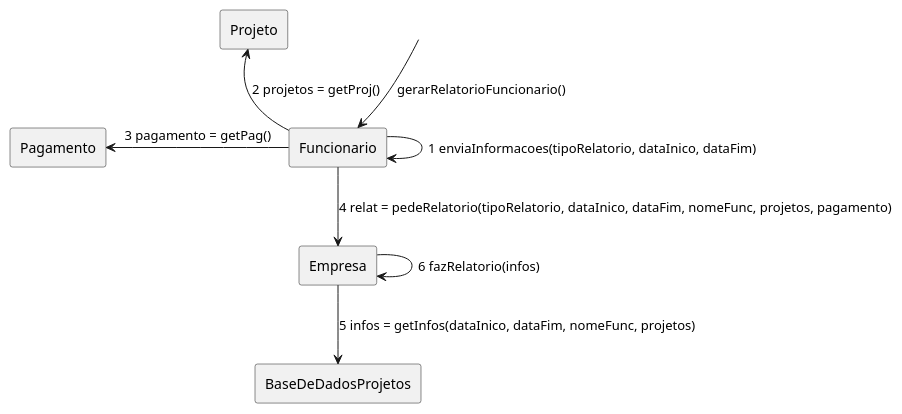
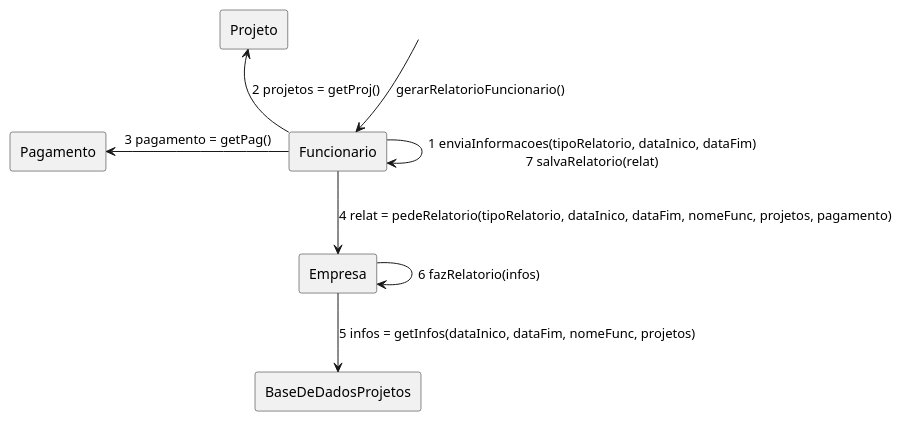
Before and after one commit to tikaradate/CI1163-Design_de_Software: the diagram in casos_de_uso/caso-3/3-DCom.plantuml, drawn with PlantUML. The commit also changed 3 other files, not shown here.

```diff
--- a/casos_de_uso/caso-3/3-DCom.plantuml
+++ b/casos_de_uso/caso-3/3-DCom.plantuml
@@ -1,22 +1,22 @@
 @startuml
 'rectangle "Gerente" as gerente
 'rectangle "FolhaDePagamento" as folha
 rectangle "Pagamento" as pagamento
 rectangle "Funcionario" as funcionario
 rectangle "Empresa" as empresa
 'rectangle "ListaDeFuncionarios" as lista
 'rectangle "Venda" as venda
 'rectangle "Ponto" as ponto
 rectangle "BaseDeDadosProjetos" as base
 rectangle "Projeto" as projeto
 label " " as ini
 
 ini -down-> funcionario     : gerarRelatorioFuncionario()
-funcionario -> funcionario  : 1 enviaInformacoes(tipoRelatorio, dataInico, dataFim)
+funcionario -> funcionario  : 1 enviaInformacoes(tipoRelatorio, dataInico, dataFim)\n7 salvaRelatorio(relat)
 funcionario -up-> projeto      : 2 projetos = getProj()
 funcionario -left-> pagamento    : 3 pagamento = getPag()
 funcionario -down-> empresa      : 4 relat = pedeRelatorio(tipoRelatorio, dataInico, dataFim, nomeFunc, projetos, pagamento)
 empresa -down-> base             : 5 infos = getInfos(dataInico, dataFim, nomeFunc, projetos)
 empresa -> empresa          : 6 fazRelatorio(infos)
 
 @enduml
```
